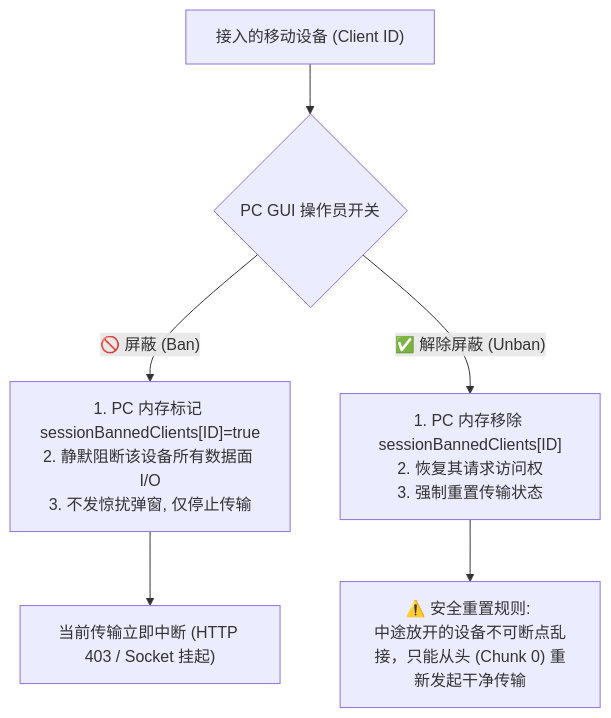
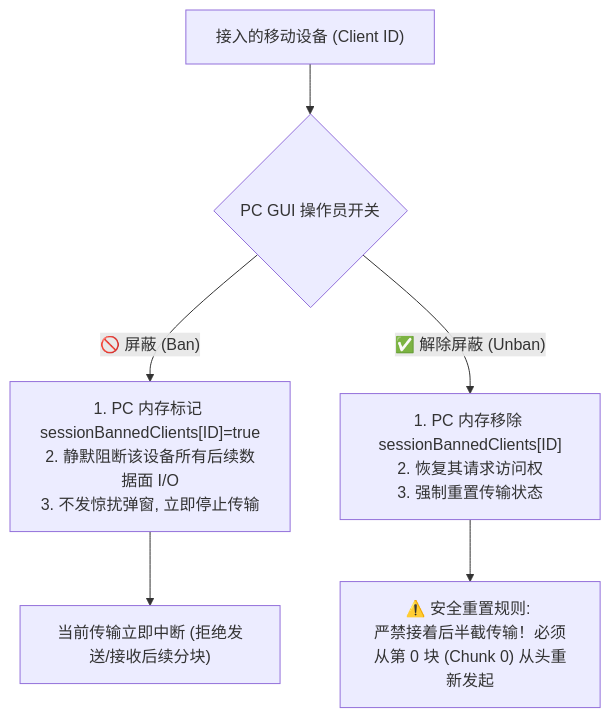
The fifth of 6 diagrams in docs/future/20260901-e2ee-end-to-end-encryption-architecture.md (forpersuit/eqrcp), drawn with Mermaid before and after one commit. The commit also changed other lines of this file, not shown here.

Commit message:
docs(e2ee): add device rename sync, in-flight ban rules, and section 7.5 considerations

````diff
--- a/docs/future/20260901-e2ee-end-to-end-encryption-architecture.md
+++ b/docs/future/20260901-e2ee-end-to-end-encryption-architecture.md
@@ -380,9 +387,9 @@
 ```mermaid
 graph TD
     Device["接入的移动设备 (Client ID)"] --> Switch{"PC GUI 操作员开关"}
-    Switch -->|"🚫 屏蔽 (Ban)"| GateClose["1. PC 内存标记 sessionBannedClients[ID]=true<br/>2. 静默阻断该设备所有数据面 I/O<br/>3. 不发惊扰弹窗, 仅停止传输"]
+    Switch -->|"🚫 屏蔽 (Ban)"| GateClose["1. PC 内存标记 sessionBannedClients[ID]=true<br/>2. 静默阻断该设备所有后续数据面 I/O<br/>3. 不发惊扰弹窗, 立即停止传输"]
     Switch -->|"✅ 解除屏蔽 (Unban)"| GateOpen["1. PC 内存移除 sessionBannedClients[ID]<br/>2. 恢复其请求访问权<br/>3. 强制重置传输状态"]
     
-    GateClose --> TransferStop["当前传输立即中断 (HTTP 403 / Socket 挂起)"]
-    GateOpen --> ResetRule["⚠️ 安全重置规则: <br/>中途放开的设备不可断点乱接，只能从头 (Chunk 0) 重新发起干净传输"]
+    GateClose --> TransferStop["当前传输立即中断 (拒绝发送/接收后续分块)"]
+    GateOpen --> ResetRule["⚠️ 安全重置规则: <br/>严禁接着后半截传输！必须从第 0 块 (Chunk 0) 从头重新发起"]
 ```
````
